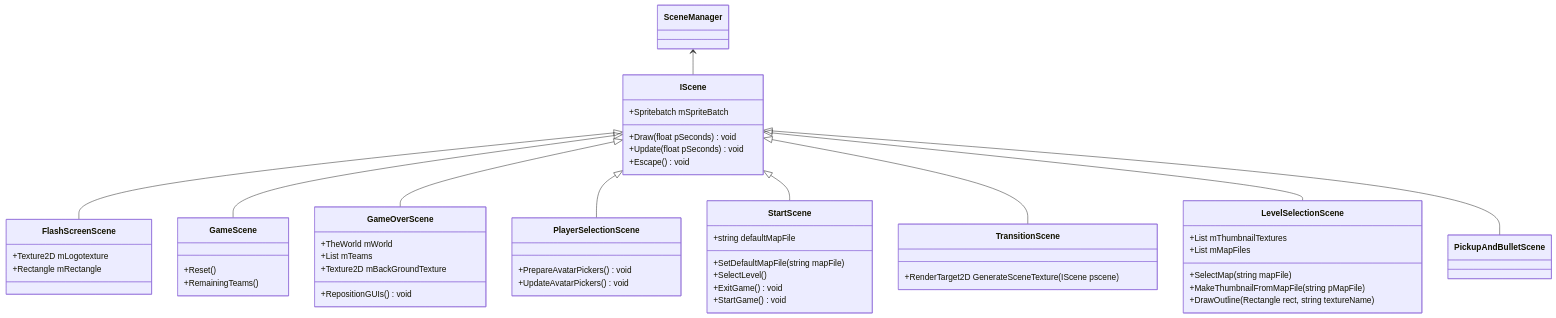
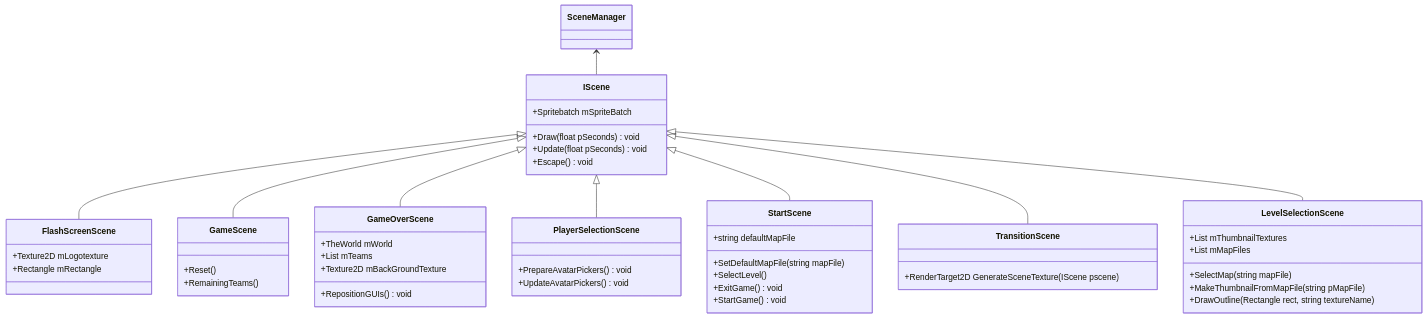
The first of 2 diagrams in README.md (ASzlampHull/TroublesomeTanks_3DP), drawn with Mermaid before and after one commit. The commit also changed other lines of this file and 153 other files, not shown here.

````diff
--- a/README.md
+++ b/README.md
@@ -66,58 +66,53 @@
 ```mermaid
 classDiagram
     IScene <|-- FlashScreenScene
     IScene <|-- GameScene
     IScene <|-- GameOverScene
     IScene <|-- PlayerSelectionScene
     IScene <|-- StartScene
     IScene <|-- TransitionScene
     IScene <|-- LevelSelectionScene
-    IScene <|-- PickupAndBulletScene
-
     SceneManager <-- IScene
 
     class IScene{
     +Spritebatch mSpriteBatch
     +Draw(float pSeconds) void
     +Update(float pSeconds) void
     +Escape() void
     }
     class FlashScreenScene{
         +Texture2D mLogotexture
         +Rectangle mRectangle
     }
     class GameScene{
         +Reset()
         +RemainingTeams()
     }
     class GameOverScene{
         +TheWorld mWorld
         +List<Player> mTeams
         +Texture2D mBackGroundTexture
         +RepositionGUIs() void
     }
     class PlayerSelectionScene{
         +PrepareAvatarPickers() void
         +UpdateAvatarPickers() void
     }
     class StartScene{
         +string defaultMapFile
         +SetDefaultMapFile(string mapFile)
         +SelectLevel()
         +ExitGame() void
         +StartGame() void
     }
     class TransitionScene{
         +RenderTarget2D GenerateSceneTexture(IScene pscene)
     }
     class LevelSelectionScene{
         +List<Texture2D> mThumbnailTextures
         +List<string> mMapFiles
         +SelectMap(string mapFile)
         +MakeThumbnailFromMapFile(string pMapFile)
         +DrawOutline(Rectangle rect, string textureName)
     }
-    class PickupAndBulletScene{
-
-    }
 ```
````
